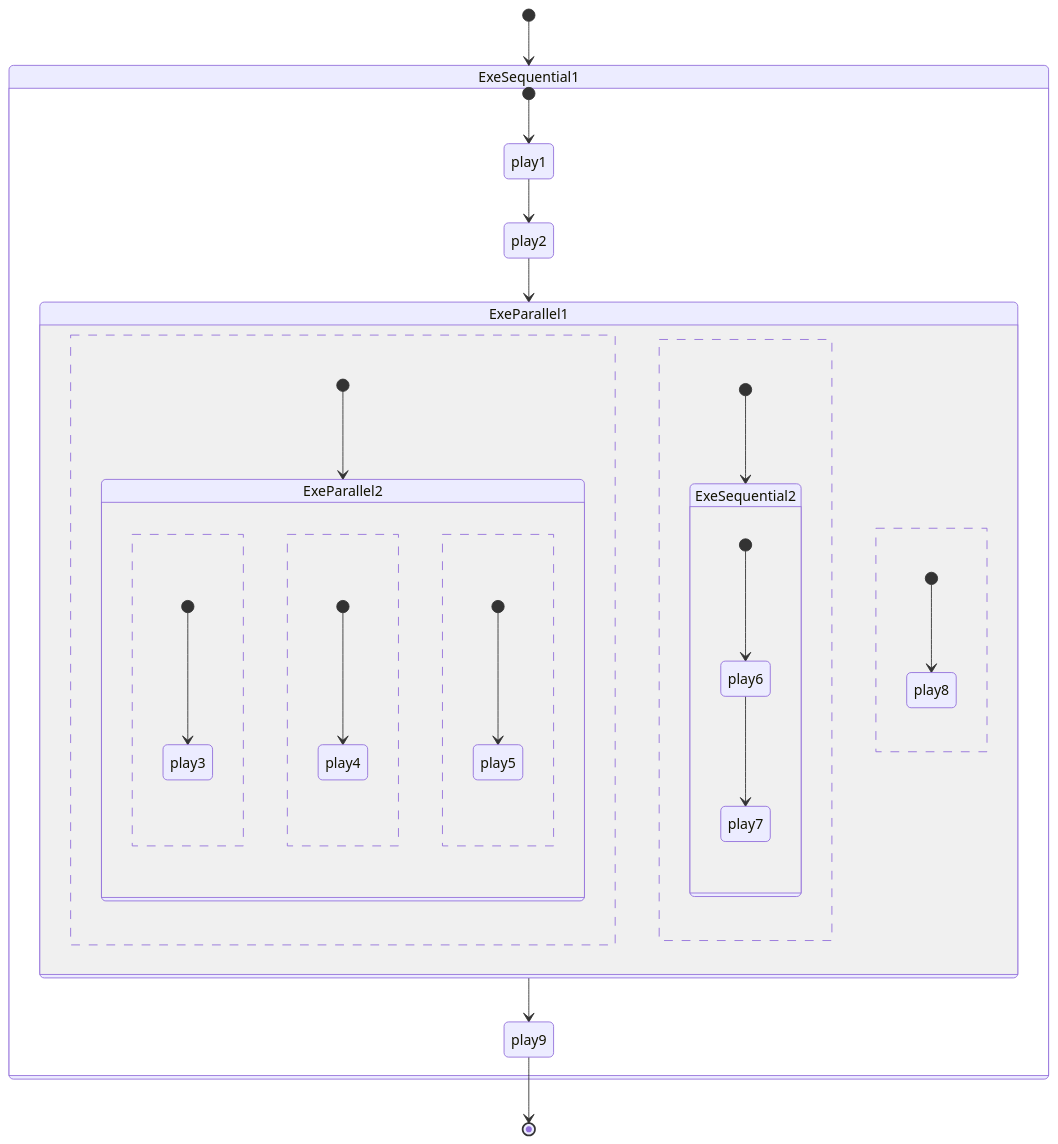
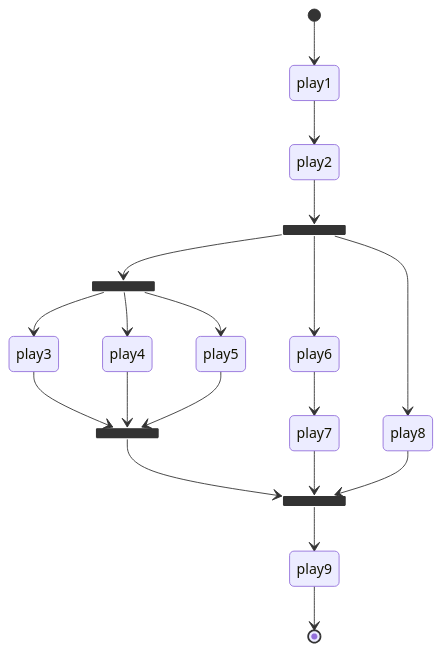
Before and after one commit to pollenjp/cdk-ansible: the diagram in README.md, drawn with Mermaid.

Commit message:
docs: use stateDiagram's forks instead of concurrency

````diff
--- a/README.md
+++ b/README.md
@@ -85,29 +85,32 @@
 ```mermaid
 stateDiagram-v2
-  [*] --> ExeSequential1
-  state ExeSequential1 {
-    [*] --> play1
-    play1 --> play2
-    play2 --> ExeParallel1
-    state ExeParallel1 {
-      [*] --> ExeParallel2
-      state ExeParallel2 {
-        [*] --> play3
-        --
-        [*] --> play4
-        --
-        [*] --> play5
-      }
-      --
-      [*] --> ExeSequential2
-      state ExeSequential2 {
-        [*] --> play6
-        play6 --> play7
-      }
-      --
-      [*] --> play8
-    }
-    ExeParallel1 --> play9
-  }
+  [*] --> play1
+  play1 --> play2
+  state ForkExeParallel1 <<fork>>
+    play2 --> ForkExeParallel1
+
+    state ForkExeParallel2 <<fork>>
+      ForkExeParallel1 --> ForkExeParallel2
+
+      ForkExeParallel2 --> play3
+      ForkExeParallel2 --> play4
+      ForkExeParallel2 --> play5
+
+      state JoinExeParallel2 <<join>>
+      play3 --> JoinExeParallel2
+      play4 --> JoinExeParallel2
+      play5 --> JoinExeParallel2
+
+    ForkExeParallel1 --> play6
+    play6 --> play7
+
+    ForkExeParallel1 --> play8
+
+    state JoinExeParallel1 <<join>>
+    JoinExeParallel2 --> JoinExeParallel1
+    play7 --> JoinExeParallel1
+    play8 --> JoinExeParallel1
+
+  JoinExeParallel1 --> play9
   play9 --> [*]
 ```
````
